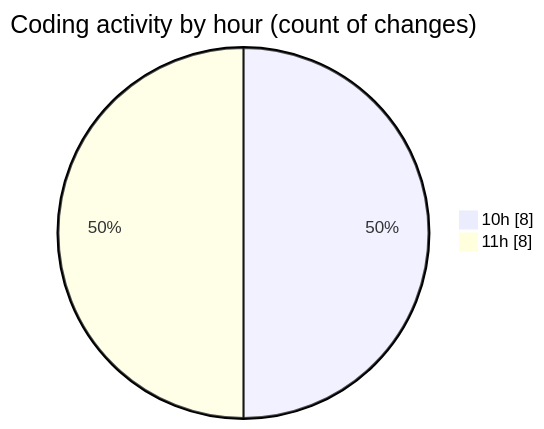
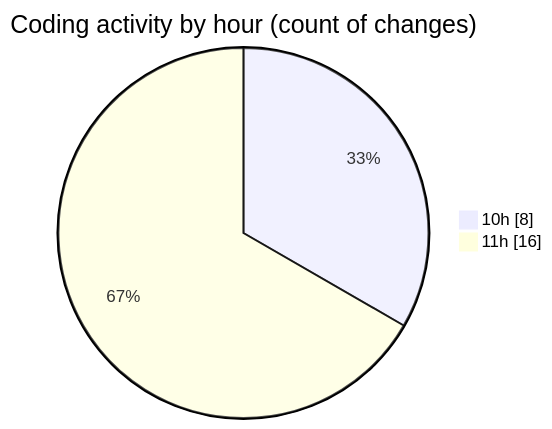
The second of 2 diagrams in 2025-09-29/nxtqube_webapp/README.md (nxtqubesakshisongat/code-tracking), drawn with Mermaid before and after one commit. The commit also changed other lines of this file and 1 other file, not shown here.

````diff
--- a/2025-09-29/nxtqube_webapp/README.md
+++ b/2025-09-29/nxtqube_webapp/README.md
@@ -28,6 +28,6 @@
 ```mermaid
 pie showData
 title Coding activity by hour (count of changes)
 "10h" : 8
-"11h" : 8
+"11h" : 16
 ```
````
